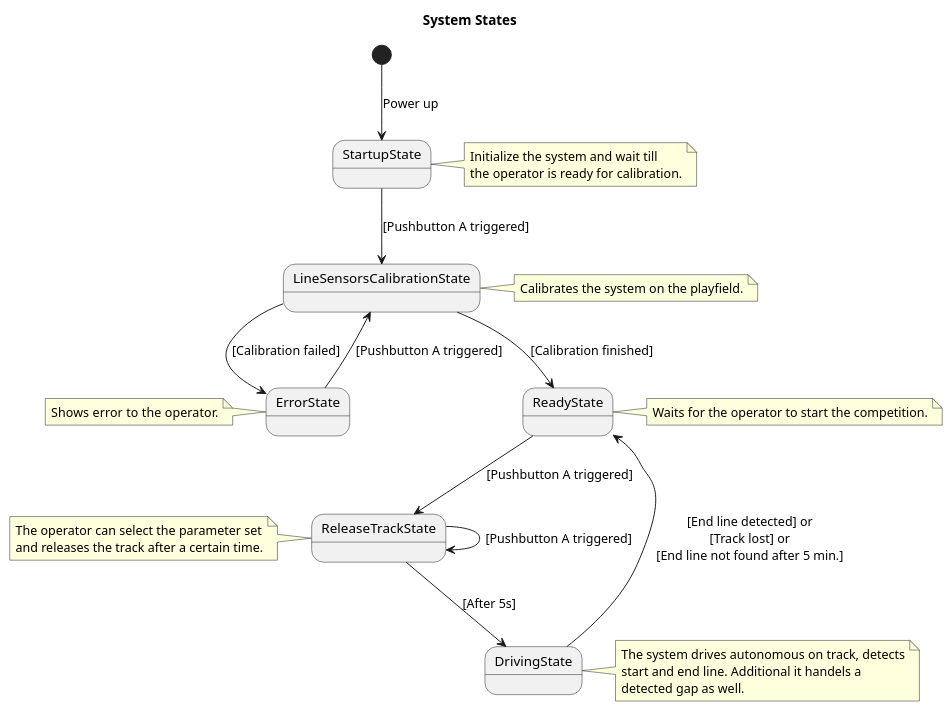
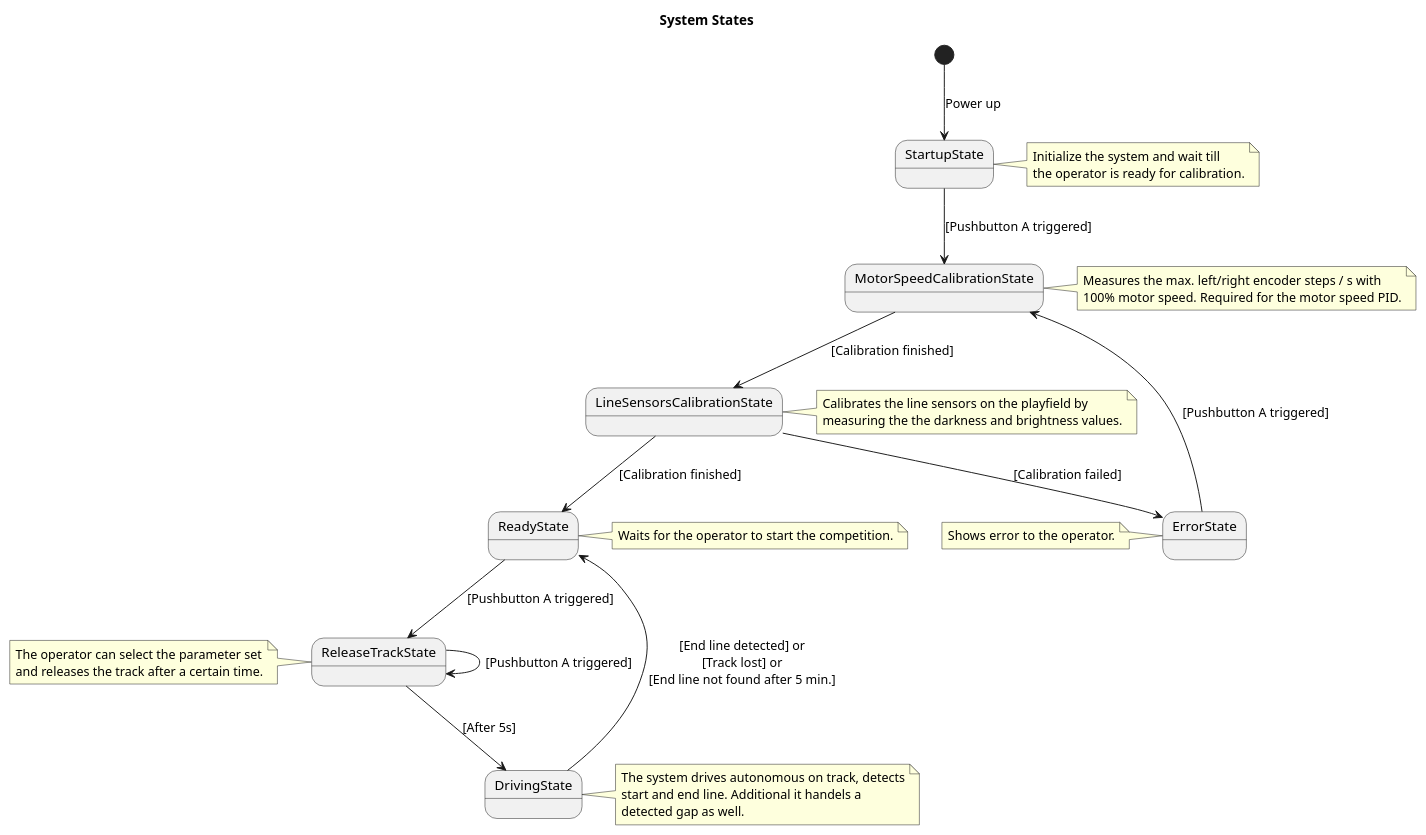
The diagram in doc/architecture/uml/ProcessView/SystemStates.plantuml (BlueAndi/RadonUlzer), drawn with PlantUML before and after one commit. The commit also changed 13 other files, not shown here.

Commit message:
In the MotorSpeedCalibrationState the max. motor speed is determined in [steps/s]. This is necessary for the differential drive, which uses two PID controllers to control driving. The differential drive control system can be commanded by linear speed in [steps/s] and angular speed in [mrad/s].

```diff
--- a/doc/architecture/uml/ProcessView/SystemStates.plantuml
+++ b/doc/architecture/uml/ProcessView/SystemStates.plantuml
@@ -1,50 +1,58 @@
 @startuml
 
 title System States
 
 state StartupState
+state MotorSpeedCalibrationState
 state LineSensorsCalibrationState
 state ErrorState
 state DrivingState
 state ReadyState
 state ReleaseTrackState
 
 [*] --> StartupState: Power up
-StartupState --> LineSensorsCalibrationState: [Pushbutton A triggered]
+StartupState --> MotorSpeedCalibrationState: [Pushbutton A triggered]
+MotorSpeedCalibrationState --> LineSensorsCalibrationState: [Calibration finished]
 LineSensorsCalibrationState --> ReadyState: [Calibration finished]
 LineSensorsCalibrationState --> ErrorState: [Calibration failed]
 ReadyState --> ReleaseTrackState: [Pushbutton A triggered]
 ReleaseTrackState --> DrivingState: [After 5s]
 ReleaseTrackState --> ReleaseTrackState: [Pushbutton A triggered]
 DrivingState --> ReadyState: [End line detected] or\n[Track lost] or\n[End line not found after 5 min.]
-ErrorState --> LineSensorsCalibrationState: [Pushbutton A triggered]
+ErrorState --> MotorSpeedCalibrationState: [Pushbutton A triggered]
 
 note right of StartupState
     Initialize the system and wait till
     the operator is ready for calibration.
 end note
 
+note right of MotorSpeedCalibrationState
+    Measures the max. left/right encoder steps / s with
+    100% motor speed. Required for the motor speed PID.
+end note
+
 note right of LineSensorsCalibrationState
-    Calibrates the system on the playfield.
+    Calibrates the line sensors on the playfield by
+    measuring the the darkness and brightness values.
 end note
 
 note left of ErrorState
     Shows error to the operator.
 end note
 
 note right of ReadyState
     Waits for the operator to start the competition.
 end note
 
 note left of ReleaseTrackState
     The operator can select the parameter set
     and releases the track after a certain time.
 end note
 
 note right of DrivingState
     The system drives autonomous on track, detects
     start and end line. Additional it handels a
     detected gap as well.
 end note
 
 @enduml
```
